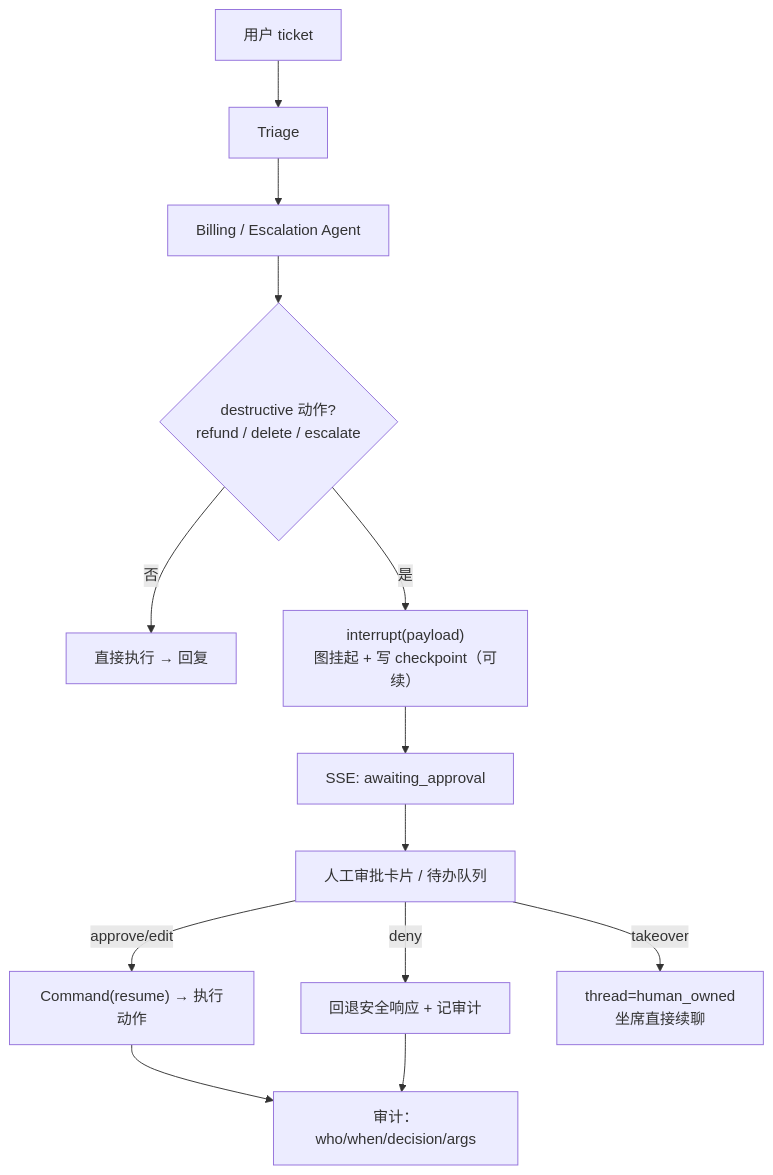
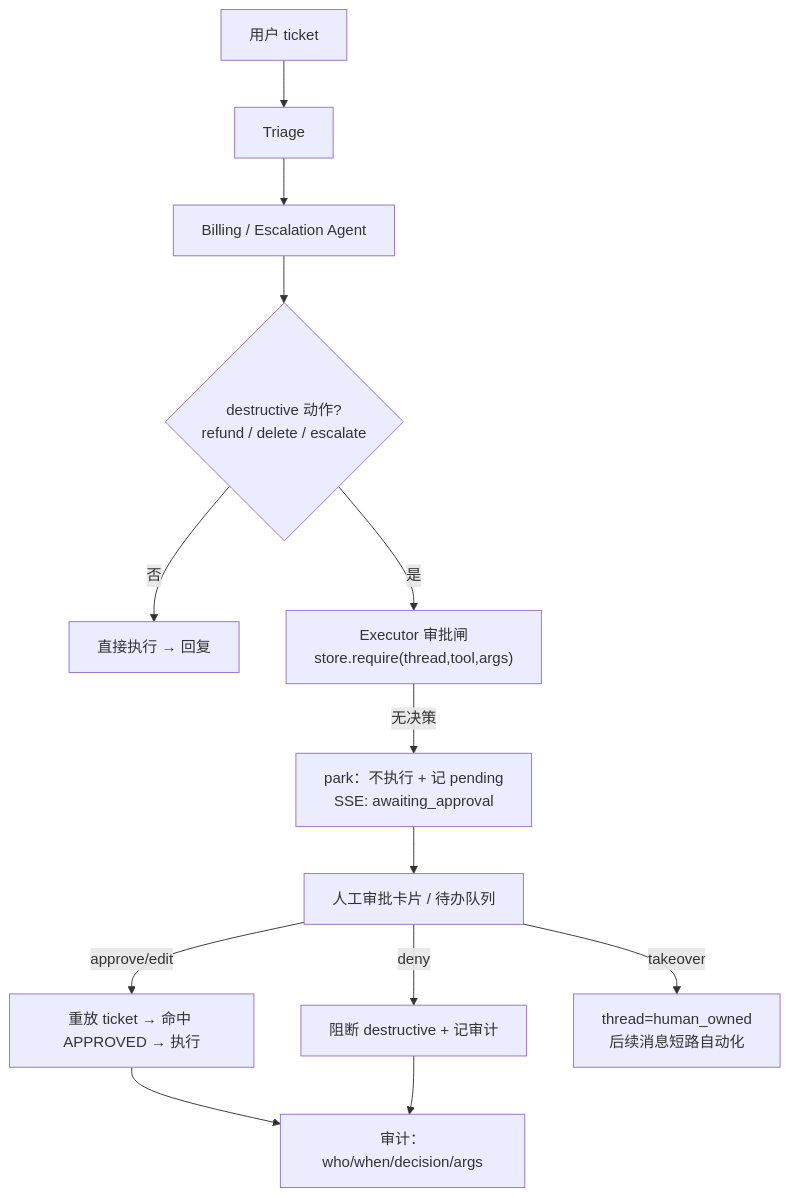
One commit to AndyUneducated/resolve-ai changed the diagram in docs/milestone-12-plan.md. Above: the diagram before and after it, drawn with Mermaid. The commit also changed other lines of this file and 12 other files, not shown here.

````diff
--- a/docs/milestone-12-plan.md
+++ b/docs/milestone-12-plan.md
@@ -9,15 +9,15 @@
 ```mermaid
 flowchart TD
   u["用户 ticket"] --> tri["Triage"]
   tri --> ba["Billing / Escalation Agent"]
   ba --> risk{"destructive 动作?<br/>refund / delete / escalate"}
   risk -- 否 --> done["直接执行 → 回复"]
-  risk -- 是 --> intr["interrupt(payload)<br/>图挂起 + 写 checkpoint（可续）"]
-  intr --> sse["SSE: awaiting_approval"]
-  sse --> human["人工审批卡片 / 待办队列"]
-  human -- approve/edit --> res["Command(resume) → 执行动作"]
-  human -- deny --> safe["回退安全响应 + 记审计"]
-  human -- takeover --> ho["thread=human_owned<br/>坐席直接续聊"]
-  res --> audit["审计：who/when/decision/args"]
+  risk -- 是 --> gate["Executor 审批闸<br/>store.require(thread,tool,args)"]
+  gate -- 无决策 --> park["park：不执行 + 记 pending<br/>SSE: awaiting_approval"]
+  park --> human["人工审批卡片 / 待办队列"]
+  human -- approve/edit --> replay["重放 ticket → 命中 APPROVED → 执行"]
+  human -- deny --> safe["阻断 destructive + 记审计"]
+  human -- takeover --> ho["thread=human_owned<br/>后续消息短路自动化"]
+  replay --> audit["审计：who/when/decision/args"]
   safe --> audit
 ```
````
